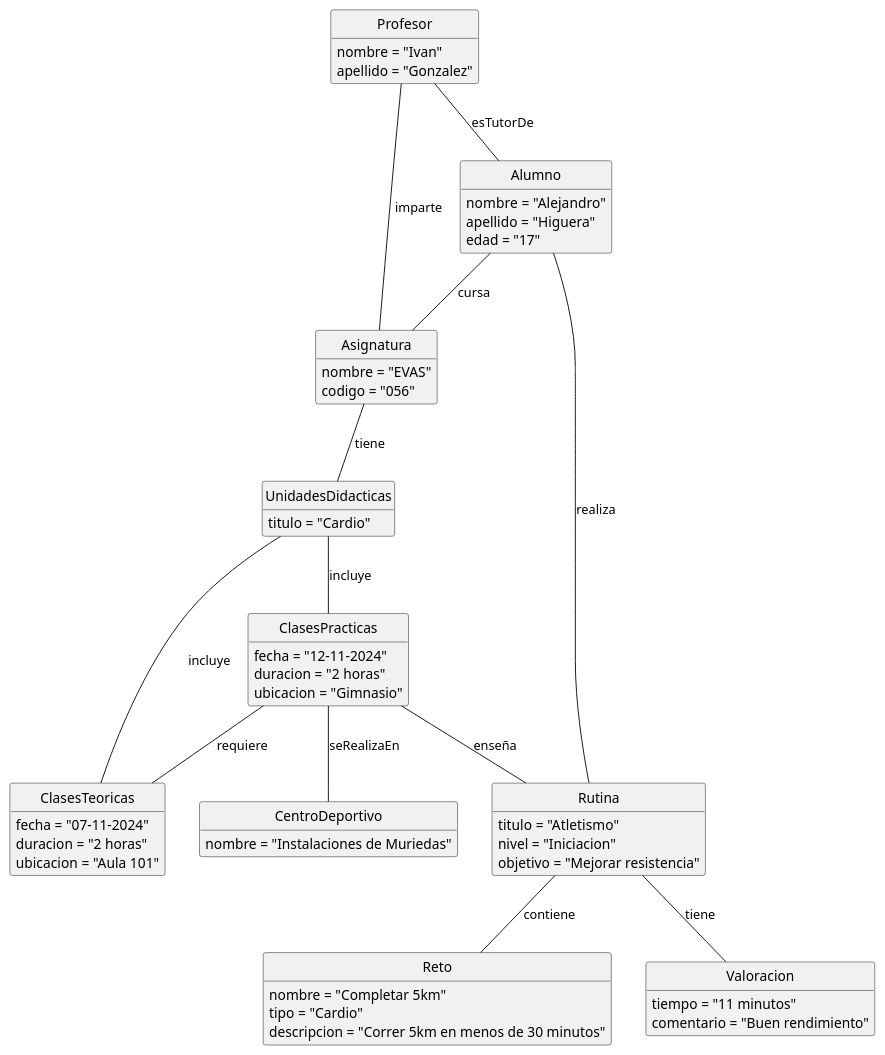
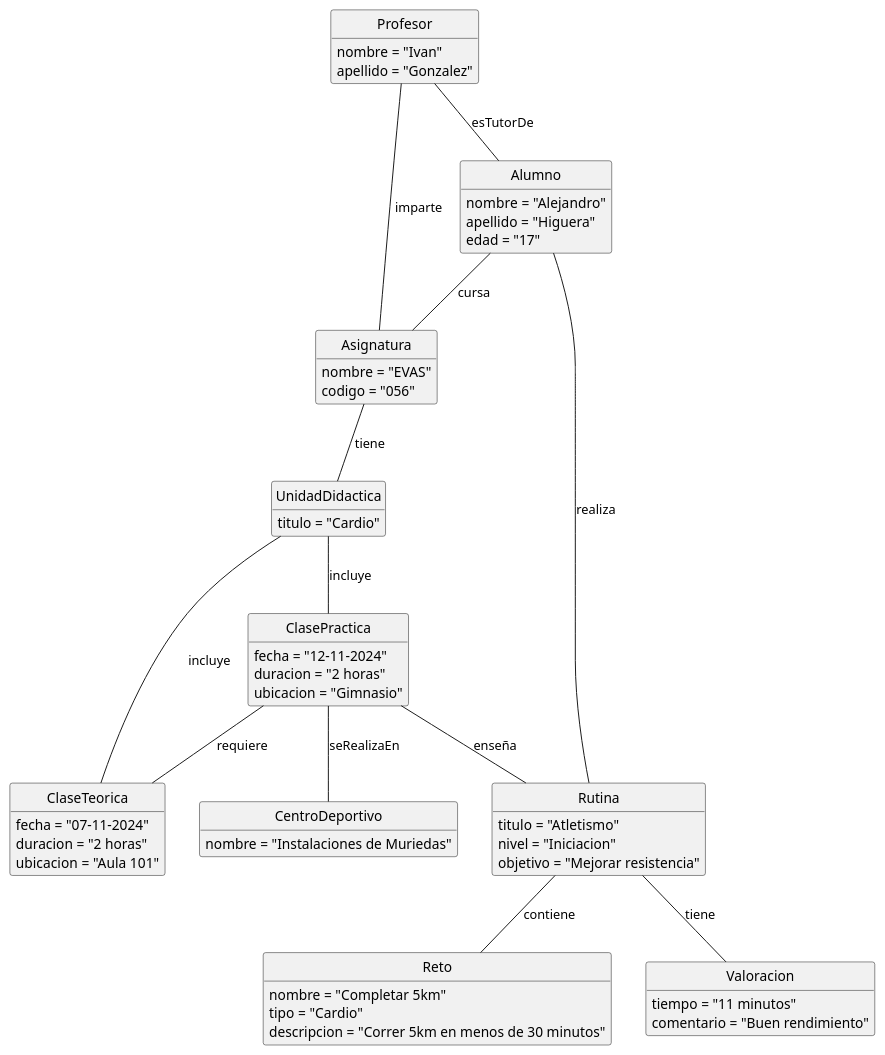
One commit to mmasias/24-25-IdSw1-SDR changed the diagram in Documentos/diagramaDeObjetos/diagramaDeObjetos.puml. Above: the diagram before and after it, drawn with PlantUML.

Commit message:
Actualizacion todas las clases en singular

```diff
--- a/Documentos/diagramaDeObjetos/diagramaDeObjetos.puml
+++ b/Documentos/diagramaDeObjetos/diagramaDeObjetos.puml
@@ -1,73 +1,73 @@
 @startuml evas
 
 hide circle
 hide empty members
 
 class Profesor {
     nombre = "Ivan"
     apellido = "Gonzalez"
 }
 
 class Alumno {
     nombre = "Alejandro"
     apellido = "Higuera"
     edad = "17"
 }
 
 class Asignatura {
     nombre = "EVAS"
     codigo = "056"
 }
 
-class UnidadesDidacticas {
+class UnidadDidactica {
     titulo = "Cardio"
 }
 
-class ClasesPracticas {
+class ClasePractica {
     fecha = "12-11-2024"
     duracion = "2 horas"
     ubicacion = "Gimnasio"
 }
 
-class ClasesTeoricas {
+class ClaseTeorica {
     fecha = "07-11-2024"
     duracion = "2 horas"
     ubicacion = "Aula 101"
 }
 
 class CentroDeportivo {
     nombre = "Instalaciones de Muriedas"
 }
 
 class Rutina {
     titulo = "Atletismo"
     nivel = "Iniciacion"
     objetivo = "Mejorar resistencia"
 }
 
 class Reto {
     nombre = "Completar 5km"
     tipo = "Cardio"
     descripcion = "Correr 5km en menos de 30 minutos"
 }
 
 class Valoracion {
     tiempo = "11 minutos"
     comentario = "Buen rendimiento"
 }
 
 Profesor -- Alumno : esTutorDe
 Profesor -- Asignatura : imparte
-Asignatura -- UnidadesDidacticas : tiene
-UnidadesDidacticas -- ClasesPracticas : incluye
-UnidadesDidacticas -- ClasesTeoricas : incluye
+Asignatura -- UnidadDidactica : tiene
+UnidadDidactica -- ClasePractica : incluye
+UnidadDidactica -- ClaseTeorica : incluye
 Alumno -- Asignatura : cursa
-ClasesPracticas -- CentroDeportivo : seRealizaEn
-ClasesPracticas -- Rutina : enseña
+ClasePractica -- CentroDeportivo : seRealizaEn
+ClasePractica -- Rutina : enseña
 Rutina -- Reto : contiene
 Rutina -- Valoracion: tiene
 Alumno -- Rutina: realiza
 
-ClasesPracticas -- ClasesTeoricas : requiere
+ClasePractica -- ClaseTeorica : requiere
 
 @enduml
```
